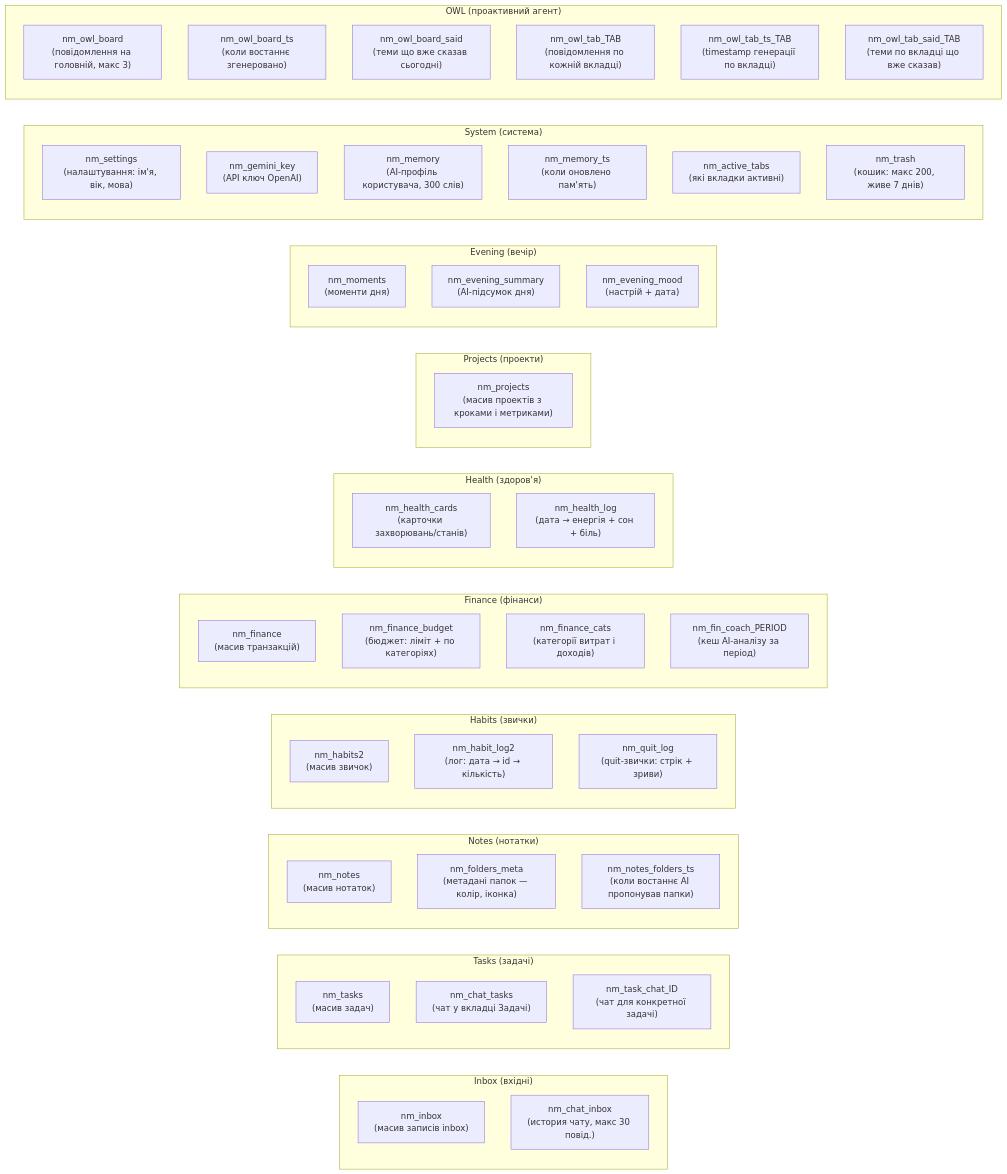
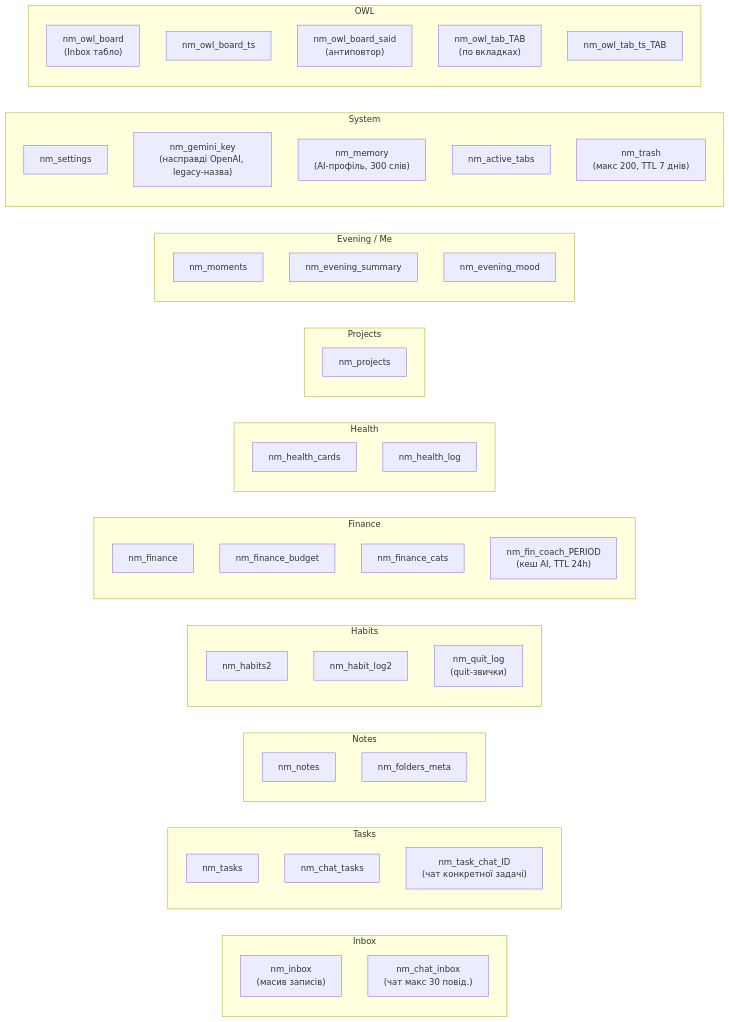
One commit to OWLs68/NeverMind changed the third of 6 diagrams in docs/ARCHITECTURE.md. Above: the diagram before and after it, drawn with Mermaid. The commit also changed other lines of this file and 2 other files, not shown here.

First line of the commit message:
docs: rewrite START_HERE.md + docs/ARCHITECTURE.md for src/ structure

````diff
--- a/docs/ARCHITECTURE.md
+++ b/docs/ARCHITECTURE.md
@@ -112,65 +133,62 @@
 ```mermaid
 graph LR
-    subgraph "Inbox (вхідні)"
-        NI["nm_inbox\n(масив записів inbox)"]
-        NCI["nm_chat_inbox\n(история чату, макс 30 повід.)"]
+    subgraph "Inbox"
+        NI["nm_inbox<br/>(масив записів)"]
+        NCI["nm_chat_inbox<br/>(чат макс 30 повід.)"]
     end
 
-    subgraph "Tasks (задачі)"
-        NT["nm_tasks\n(масив задач)"]
-        NCT["nm_chat_tasks\n(чат у вкладці Задачі)"]
-        NTC["nm_task_chat_ID\n(чат для конкретної задачі)"]
+    subgraph "Tasks"
+        NT["nm_tasks"]
+        NCT["nm_chat_tasks"]
+        NTC["nm_task_chat_ID<br/>(чат конкретної задачі)"]
     end
 
-    subgraph "Notes (нотатки)"
-        NN["nm_notes\n(масив нотаток)"]
-        NF["nm_folders_meta\n(метадані папок — колір, іконка)"]
-        NNT["nm_notes_folders_ts\n(коли востаннє AI пропонував папки)"]
+    subgraph "Notes"
+        NN["nm_notes"]
+        NF["nm_folders_meta"]
     end
 
-    subgraph "Habits (звички)"
-        NH["nm_habits2\n(масив звичок)"]
-        NHL["nm_habit_log2\n(лог: дата → id → кількість)"]
-        NQL["nm_quit_log\n(quit-звички: стрік + зриви)"]
+    subgraph "Habits"
+        NH["nm_habits2"]
+        NHL["nm_habit_log2"]
+        NQL["nm_quit_log<br/>(quit-звички)"]
     end
 
-    subgraph "Finance (фінанси)"
-        NFI["nm_finance\n(масив транзакцій)"]
-        NFB["nm_finance_budget\n(бюджет: ліміт + по категоріях)"]
-        NFC["nm_finance_cats\n(категорії витрат і доходів)"]
-        NFCO["nm_fin_coach_PERIOD\n(кеш AI-аналізу за період)"]
+    subgraph "Finance"
+        NFI["nm_finance"]
+        NFB["nm_finance_budget"]
+        NFC["nm_finance_cats"]
+        NFCO["nm_fin_coach_PERIOD<br/>(кеш AI, TTL 24h)"]
     end
 
-    subgraph "Health (здоров'я)"
-        NHC["nm_health_cards\n(карточки захворювань/станів)"]
-        NHL2["nm_health_log\n(дата → енергія + сон + біль)"]
+    subgraph "Health"
+        NHC["nm_health_cards"]
+        NHL2["nm_health_log"]
     end
 
-    subgraph "Projects (проекти)"
-        NP["nm_projects\n(масив проектів з кроками і метриками)"]
+    subgraph "Projects"
+        NP["nm_projects"]
     end
 
-    subgraph "Evening (вечір)"
-        NM["nm_moments\n(моменти дня)"]
-        NES["nm_evening_summary\n(AI-підсумок дня)"]
-        NEM["nm_evening_mood\n(настрій + дата)"]
+    subgraph "Evening / Me"
+        NM["nm_moments"]
+        NES["nm_evening_summary"]
+        NEM["nm_evening_mood"]
     end
 
-    subgraph "System (система)"
-        NS["nm_settings\n(налаштування: ім'я, вік, мова)"]
-        NGK["nm_gemini_key\n(API ключ OpenAI)"]
-        NME["nm_memory\n(AI-профіль користувача, 300 слів)"]
-        NMET["nm_memory_ts\n(коли оновлено пам'ять)"]
-        NAT["nm_active_tabs\n(які вкладки активні)"]
-        NTR["nm_trash\n(кошик: макс 200, живе 7 днів)"]
+    subgraph "System"
+        NS["nm_settings"]
+        NGK["nm_gemini_key<br/>(насправді OpenAI, legacy-назва)"]
+        NME["nm_memory<br/>(AI-профіль, 300 слів)"]
+        NAT["nm_active_tabs"]
+        NTR["nm_trash<br/>(макс 200, TTL 7 днів)"]
     end
 
-    subgraph "OWL (проактивний агент)"
-        NOB["nm_owl_board\n(повідомлення на головній, макс 3)"]
-        NOBT["nm_owl_board_ts\n(коли востаннє згенеровано)"]
-        NOBS["nm_owl_board_said\n(теми що вже сказав сьогодні)"]
-        NOTB["nm_owl_tab_TAB\n(повідомлення по кожній вкладці)"]
-        NOTBT["nm_owl_tab_ts_TAB\n(timestamp генерації по вкладці)"]
-        NOTBS["nm_owl_tab_said_TAB\n(теми по вкладці що вже сказав)"]
+    subgraph "OWL"
+        NOB["nm_owl_board<br/>(Inbox табло)"]
+        NOBT["nm_owl_board_ts"]
+        NOBS["nm_owl_board_said<br/>(антиповтор)"]
+        NOTB["nm_owl_tab_TAB<br/>(по вкладках)"]
+        NOTBT["nm_owl_tab_ts_TAB"]
     end
 ```
````
